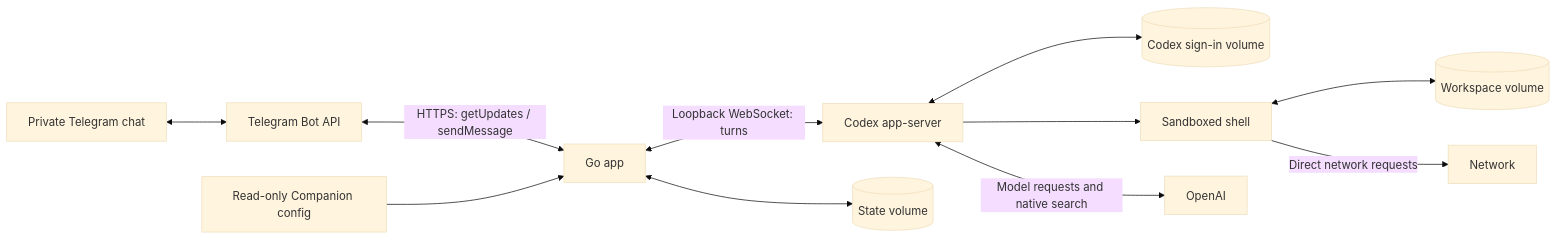
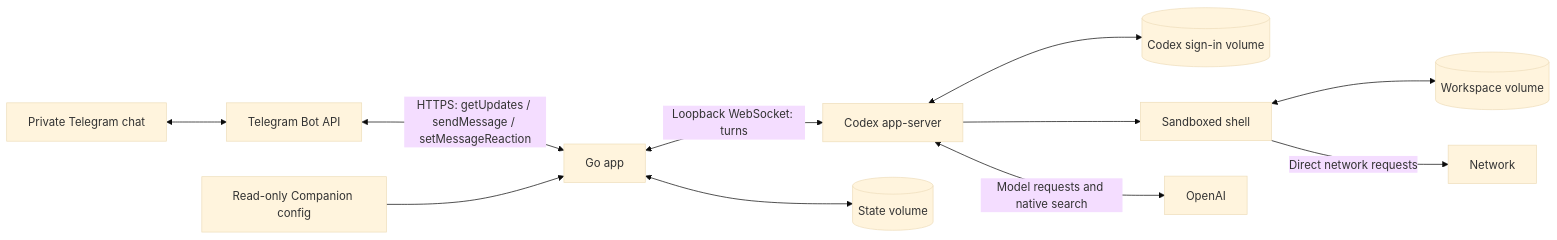
The diagram in ARCHITECTURE.md (hsnprsd/companion), drawn with Mermaid (base theme) before and after one commit. The commit also changed other lines of this file and 22 other files, not shown here.

````diff
--- a/ARCHITECTURE.md
+++ b/ARCHITECTURE.md
@@ -9,13 +9,13 @@
 ```mermaid
 flowchart LR
     User[Private Telegram chat] <--> TG[Telegram Bot API]
-    TG <-->|HTTPS: getUpdates / sendMessage| App[Go app]
+    TG <-->|HTTPS: getUpdates / sendMessage / setMessageReaction| App[Go app]
     App <-->|Loopback WebSocket: turns| Runner[Codex app-server]
     App <--> State[(State volume)]
     Config[Read-only Companion config] --> App
     Runner <--> Auth[(Codex sign-in volume)]
     Runner --> Shell[Sandboxed shell]
     Shell <--> Workspace[(Workspace volume)]
     Shell -->|Direct network requests| Network[Network]
     Runner <-->|Model requests and native search| OpenAI[OpenAI]
 ```
````
